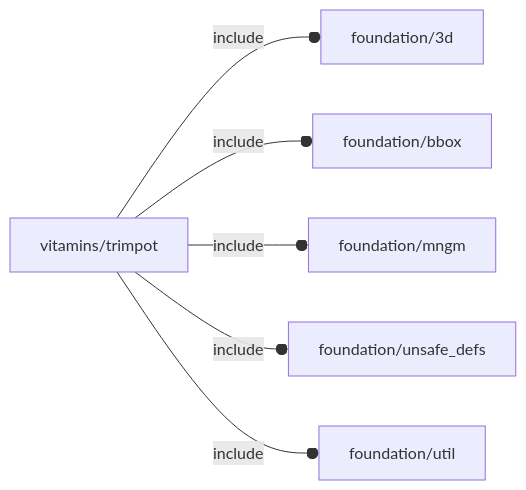
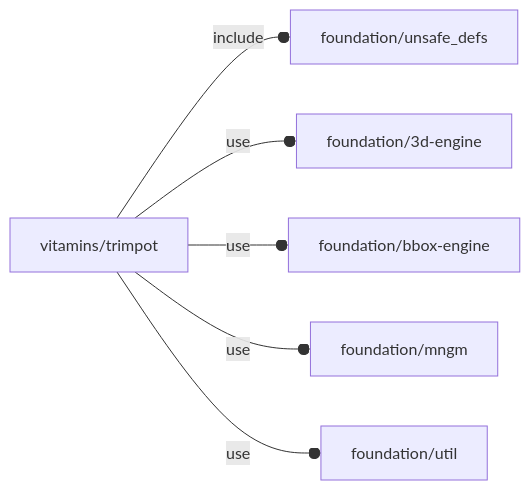
Before and after one commit to ggabbiani/OFL: the diagram in orthodocs/vitamins/trimpot.md, drawn with Mermaid. The commit also changed other lines of this file and 74 other files, not shown here.

````diff
--- a/orthodocs/vitamins/trimpot.md
+++ b/orthodocs/vitamins/trimpot.md
@@ -5,8 +5,8 @@
 ```mermaid
 graph LR
-    A1[vitamins/trimpot] --o|include| A2[foundation/3d]
-    A1 --o|include| A3[foundation/bbox]
-    A1 --o|include| A4[foundation/mngm]
-    A1 --o|include| A5[foundation/unsafe_defs]
-    A1 --o|include| A6[foundation/util]
+    A1[vitamins/trimpot] --o|include| A2[foundation/unsafe_defs]
+    A1 --o|use| A3[foundation/3d-engine]
+    A1 --o|use| A4[foundation/bbox-engine]
+    A1 --o|use| A5[foundation/mngm]
+    A1 --o|use| A6[foundation/util]
 ```
````
